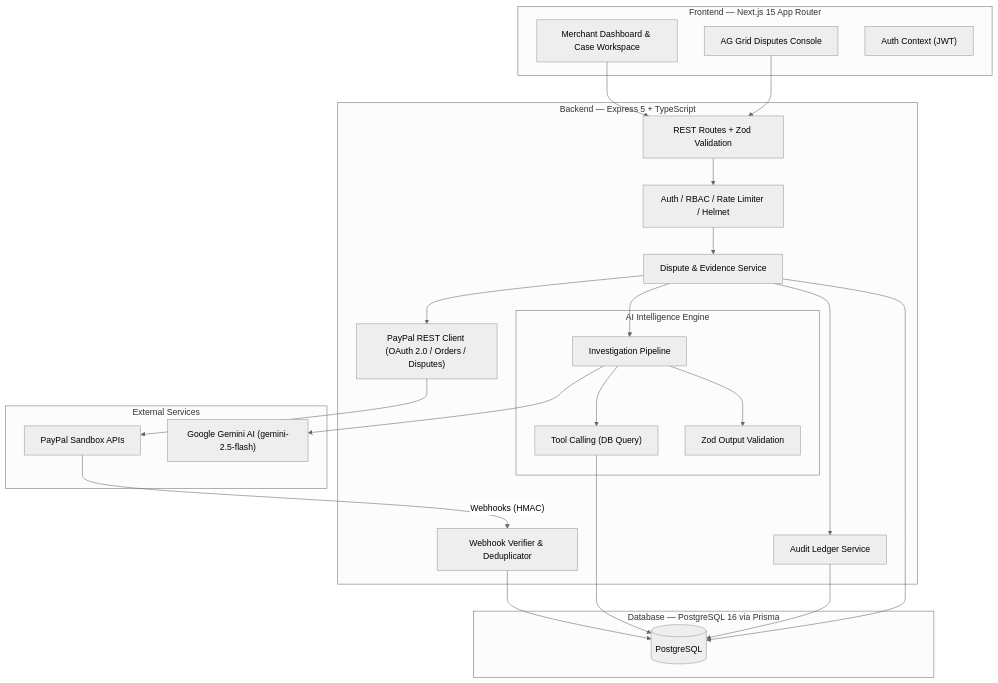
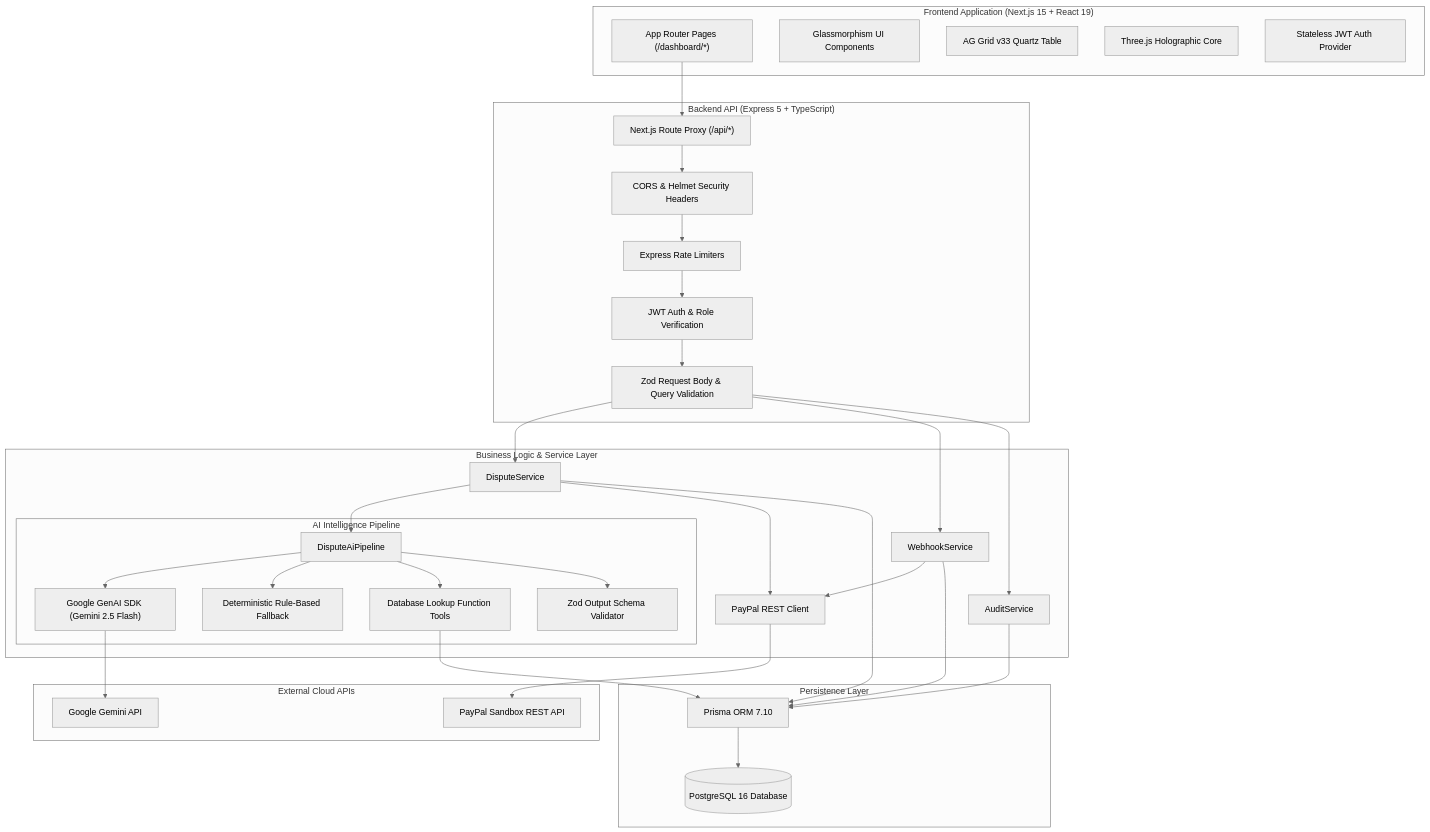
One commit to Chirag240105/resolveai changed the second of 12 diagrams in README.MD. Above: the diagram before and after it, drawn with Mermaid (neutral theme). The commit also changed other lines of this file and 312 other files, not shown here.

````diff
--- a/README.MD
+++ b/README.MD
@@ -40,43 +297,64 @@
 ```mermaid
 flowchart TD
-    subgraph Frontend["Frontend — Next.js 15 App Router"]
-        UI["Merchant Dashboard & Case Workspace"]
-        Grid["AG Grid Disputes Console"]
-        AuthContext["Auth Context (JWT)"]
+    subgraph ClientLayer["Frontend Application (Next.js 15 + React 19)"]
+        UI["App Router Pages (/dashboard/*)"]
+        Components["Glassmorphism UI Components"]
+        AGGrid["AG Grid v33 Quartz Table"]
+        ThreeCanvas["Three.js Holographic Core"]
+        AuthContext["Stateless JWT Auth Provider"]
     end
 
-    subgraph Backend["Backend — Express 5 + TypeScript"]
-        API["REST Routes + Zod Validation"]
-        MW["Auth / RBAC / Rate Limiter / Helmet"]
-        PP_Client["PayPal REST Client (OAuth 2.0 / Orders / Disputes)"]
-        WH_Svc["Webhook Verifier & Deduplicator"]
-        Dispute_Svc["Dispute & Evidence Service"]
-        Audit_Svc["Audit Ledger Service"]
+    subgraph GatewayLayer["Backend API (Express 5 + TypeScript)"]
+        CORS["CORS & Helmet Security Headers"]
+        RateLimit["Express Rate Limiters"]
+        AuthMW["JWT Auth & Role Verification"]
+        ZodMW["Zod Request Body & Query Validation"]
+        Proxy["Next.js Route Proxy (/api/*)"]
+    end
+
+    subgraph ServiceLayer["Business Logic & Service Layer"]
+        DisputeSvc["DisputeService"]
+        WebhookSvc["WebhookService"]
+        AuditSvc["AuditService"]
+        PayPalClient["PayPal REST Client"]
         
-        subgraph AI["AI Intelligence Engine"]
-            Pipeline["Investigation Pipeline"]
-            Tools["Tool Calling (DB Query)"]
-            Schemas["Zod Output Validation"]
+        subgraph AIEngine["AI Intelligence Pipeline"]
+            Pipeline["DisputeAiPipeline"]
+            GeminiClient["Google GenAI SDK (Gemini 2.5 Flash)"]
+            RuleEngine["Deterministic Rule-Based Fallback"]
+            ZodSchemas["Zod Output Schema Validator"]
+            Tools["Database Lookup Function Tools"]
         end
     end
 
-    subgraph Persistence["Database — PostgreSQL 16 via Prisma"]
-        DB[("PostgreSQL")]
+    subgraph DataLayer["Persistence Layer"]
+        Prisma["Prisma ORM 7.10"]
+        Postgres[("PostgreSQL 16 Database")]
     end
 
-    subgraph External["External Services"]
-        PayPal["PayPal Sandbox APIs"]
-        Gemini["Google Gemini AI (gemini-2.5-flash)"]
+    subgraph ExternalServices["External Cloud APIs"]
+        PayPalAPI["PayPal Sandbox REST API"]
+        GoogleAI["Google Gemini API"]
     end
 
-    UI --> API
-    Grid --> API
-    API --> MW --> Dispute_Svc
-    Dispute_Svc --> PP_Client --> PayPal
-    PayPal -->|"Webhooks (HMAC)"| WH_Svc --> DB
-    Dispute_Svc --> Pipeline --> Gemini
-    Pipeline --> Tools --> DB
-    Pipeline --> Schemas
-    Dispute_Svc --> Audit_Svc --> DB
-    Dispute_Svc --> DB
+    UI --> Proxy --> CORS
+    CORS --> RateLimit --> AuthMW --> ZodMW
+    ZodMW --> DisputeSvc
+    ZodMW --> WebhookSvc
+    ZodMW --> AuditSvc
+
+    DisputeSvc --> Pipeline
+    Pipeline --> GeminiClient --> GoogleAI
+    Pipeline --> RuleEngine
+    Pipeline --> Tools --> Prisma
+    Pipeline --> ZodSchemas
+
+    WebhookSvc --> PayPalClient
+    DisputeSvc --> PayPalClient
+    PayPalClient --> PayPalAPI
+
+    DisputeSvc --> Prisma
+    WebhookSvc --> Prisma
+    AuditSvc --> Prisma
+    Prisma --> Postgres
 ```
````
